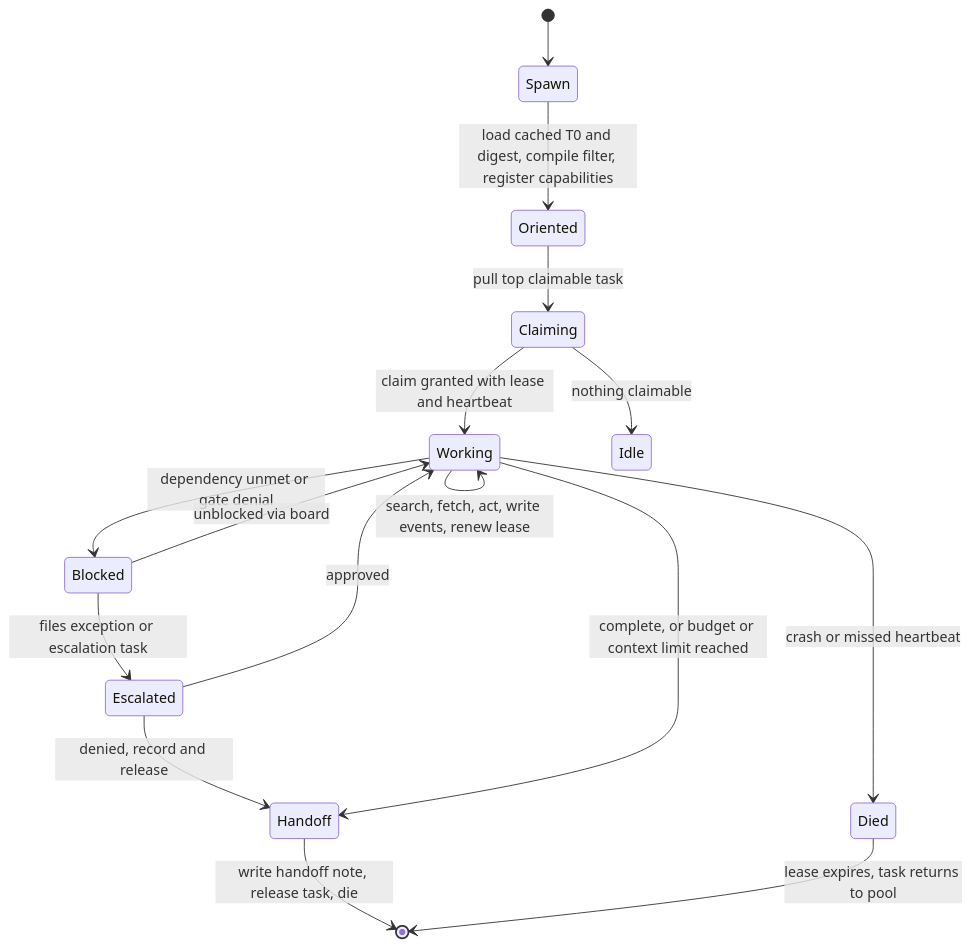
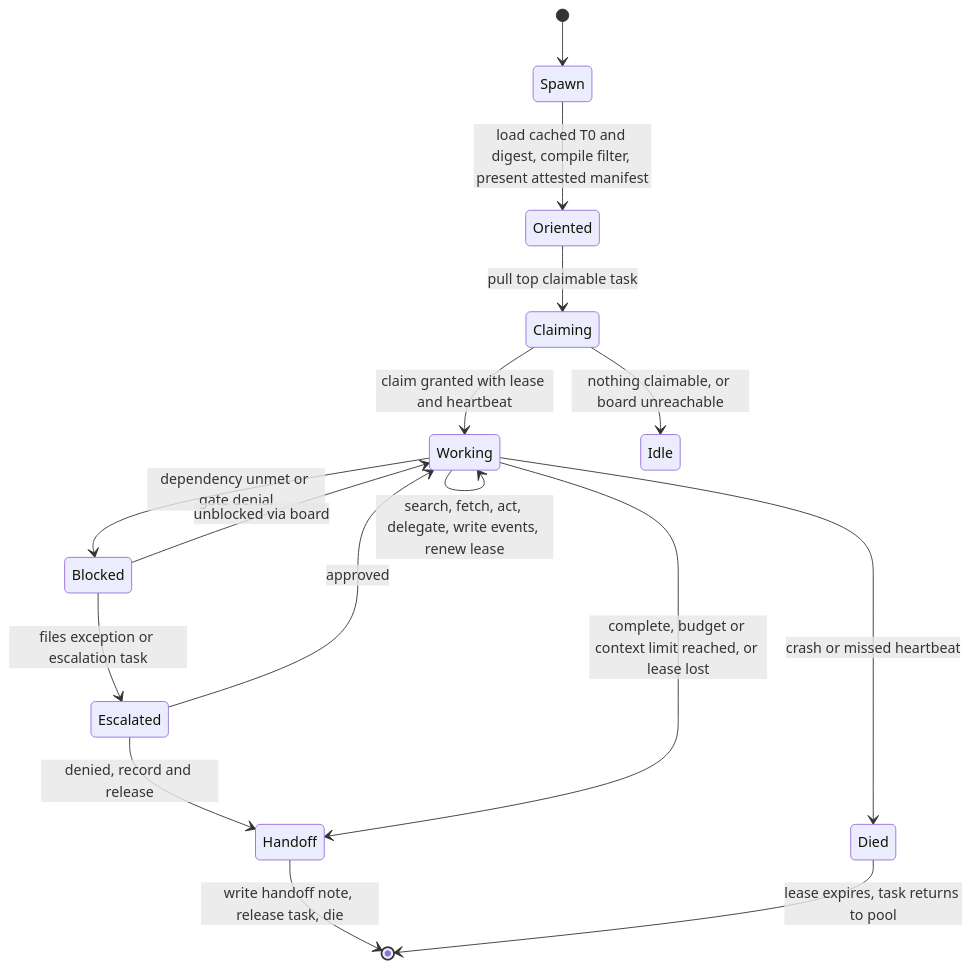
One commit to apache/tooling-memory changed the tenth of 14 diagrams in docs/durable-memory-for-disposable-agents.md. Above: the diagram before and after it, drawn with Mermaid. The commit also changed other lines of this file and 1 other file, not shown here.

````diff
--- a/docs/durable-memory-for-disposable-agents.md
+++ b/docs/durable-memory-for-disposable-agents.md
@@ -584,18 +614,18 @@
 ```mermaid
 stateDiagram-v2
     [*] --> Spawn
-    Spawn --> Oriented: load cached T0 and digest, compile filter, register capabilities
+    Spawn --> Oriented: load cached T0 and digest, compile filter, present attested manifest
     Oriented --> Claiming: pull top claimable task
     Claiming --> Working: claim granted with lease and heartbeat
-    Claiming --> Idle: nothing claimable
-    Working --> Working: search, fetch, act, write events, renew lease
+    Claiming --> Idle: nothing claimable, or board unreachable
+    Working --> Working: search, fetch, act, delegate, write events, renew lease
     Working --> Blocked: dependency unmet or gate denial
     Blocked --> Working: unblocked via board
     Blocked --> Escalated: files exception or escalation task
     Escalated --> Working: approved
     Escalated --> Handoff: denied, record and release
-    Working --> Handoff: complete, or budget or context limit reached
+    Working --> Handoff: complete, budget or context limit reached, or lease lost
     Handoff --> [*]: write handoff note, release task, die
     Working --> Died: crash or missed heartbeat
     Died --> [*]: lease expires, task returns to pool
 ```
````
